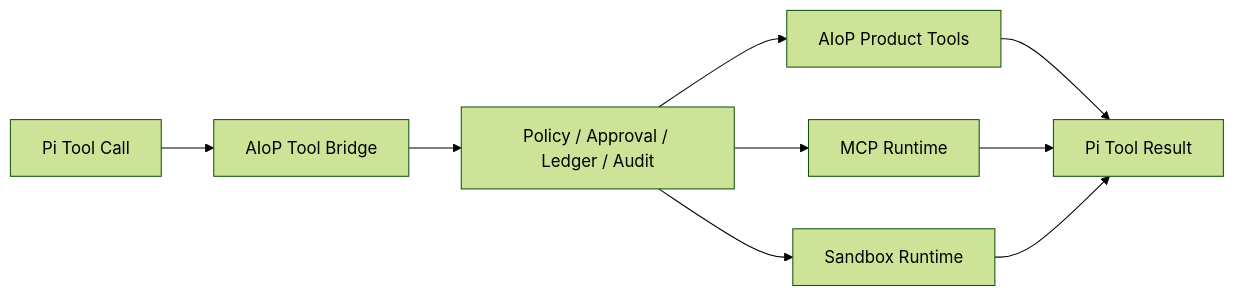
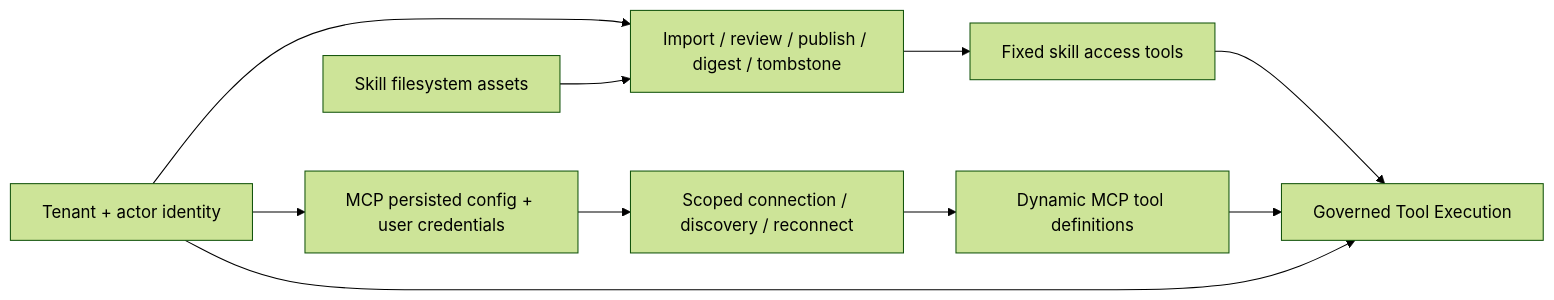
Before and after one commit to Wpxknight/agentdemo: the second of 2 diagrams in docs/design/04-tools-skills-mcp.md, drawn with Mermaid (forest theme). The commit also changed other lines of this file and 30 other files, not shown here.

````diff
--- a/docs/design/04-tools-skills-mcp.md
+++ b/docs/design/04-tools-skills-mcp.md
@@ -5,15 +196,16 @@
 ```mermaid
 flowchart LR
-  Pi[Pi Tool Call]
-  Bridge[AIoP Tool Bridge]
-  Guard[Policy / Approval / Ledger / Audit]
-  Product[AIoP Product Tools]
-  MCP[MCP Runtime]
-  Sandbox[Sandbox Runtime]
-  Result[Pi Tool Result]
+  Identity[Tenant + actor identity]
+  SkillFS[Skill filesystem assets]
+  SkillLife[Import / review / publish / digest / tombstone]
+  SkillAccess[Fixed skill access tools]
+  MCPConfig[MCP persisted config + user credentials]
+  MCPConn[Scoped connection / discovery / reconnect]
+  MCPDefs[Dynamic MCP tool definitions]
+  Governance[Governed Tool Execution]
 
-  Pi --> Bridge --> Guard
-  Guard --> Product --> Result
-  Guard --> MCP --> Result
-  Guard --> Sandbox --> Result
+  Identity --> SkillLife
+  SkillFS --> SkillLife --> SkillAccess --> Governance
+  Identity --> MCPConfig --> MCPConn --> MCPDefs --> Governance
+  Identity --> Governance
 ```
````
